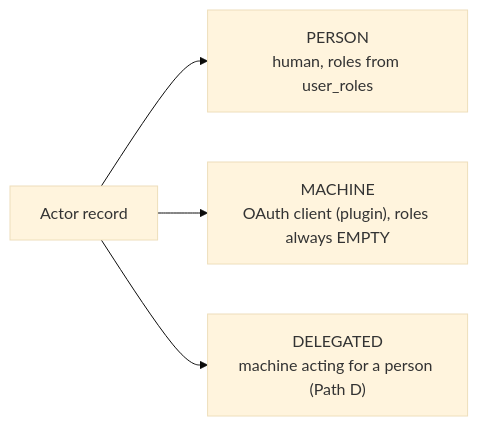
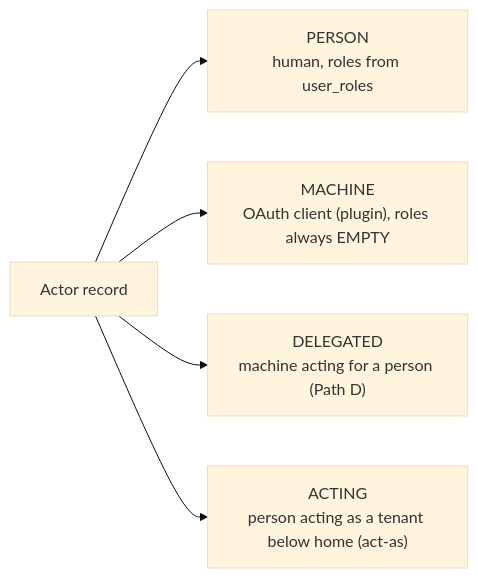
The first of 4 diagrams in docs/architecture/02-identity-and-security.md (FathimaBadar/FinancialServicesPlatform), drawn with Mermaid (base theme) before and after one commit. The commit also changed other lines of this file and 152 other files, not shown here.

````diff
--- a/docs/architecture/02-identity-and-security.md
+++ b/docs/architecture/02-identity-and-security.md
@@ -9,6 +9,7 @@
 ```mermaid
 flowchart LR
     A[Actor record] --> P["PERSON<br/>human, roles from user_roles"]
     A --> M["MACHINE<br/>OAuth client (plugin), roles always EMPTY"]
     A --> D["DELEGATED<br/>machine acting for a person (Path D)"]
+    A --> X["ACTING<br/>person acting as a tenant below home (act-as)"]
 ```
````
